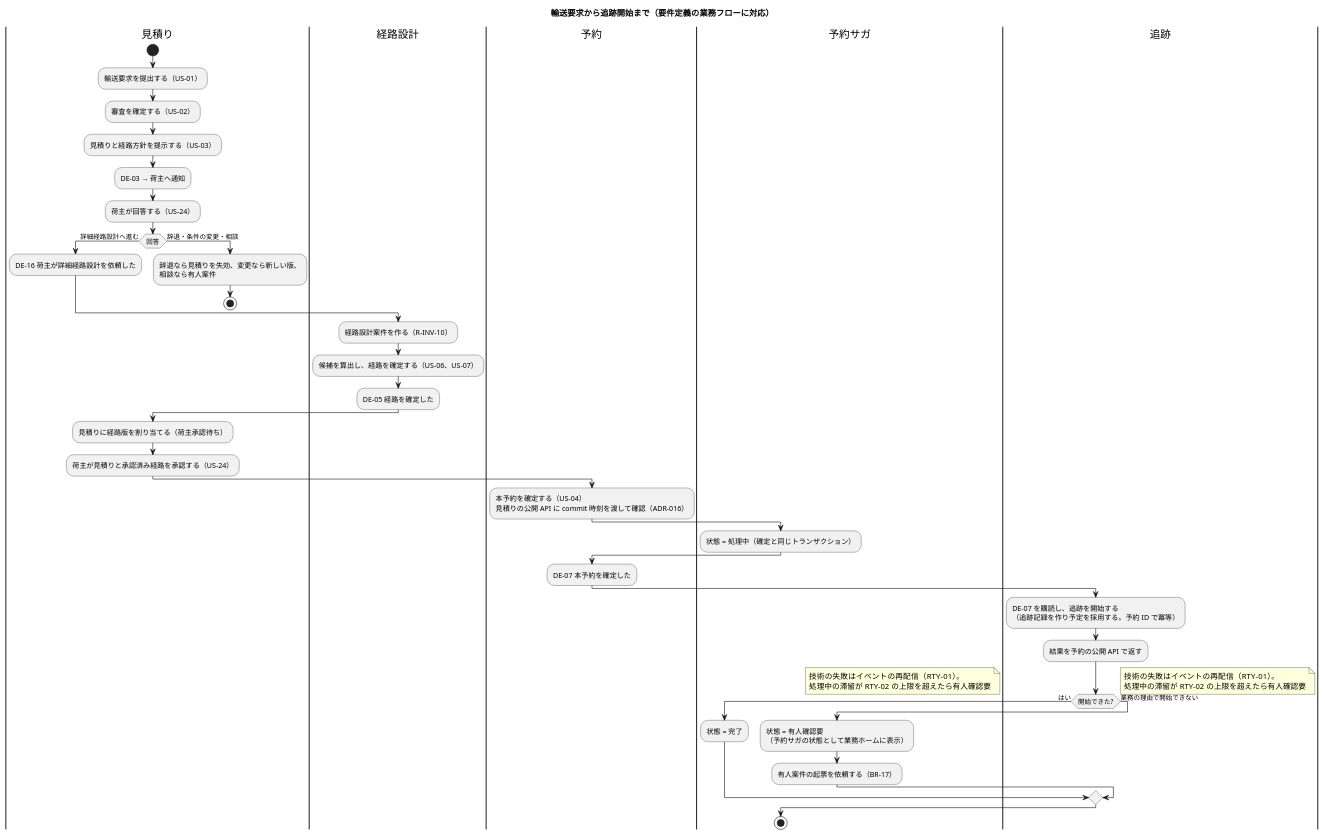
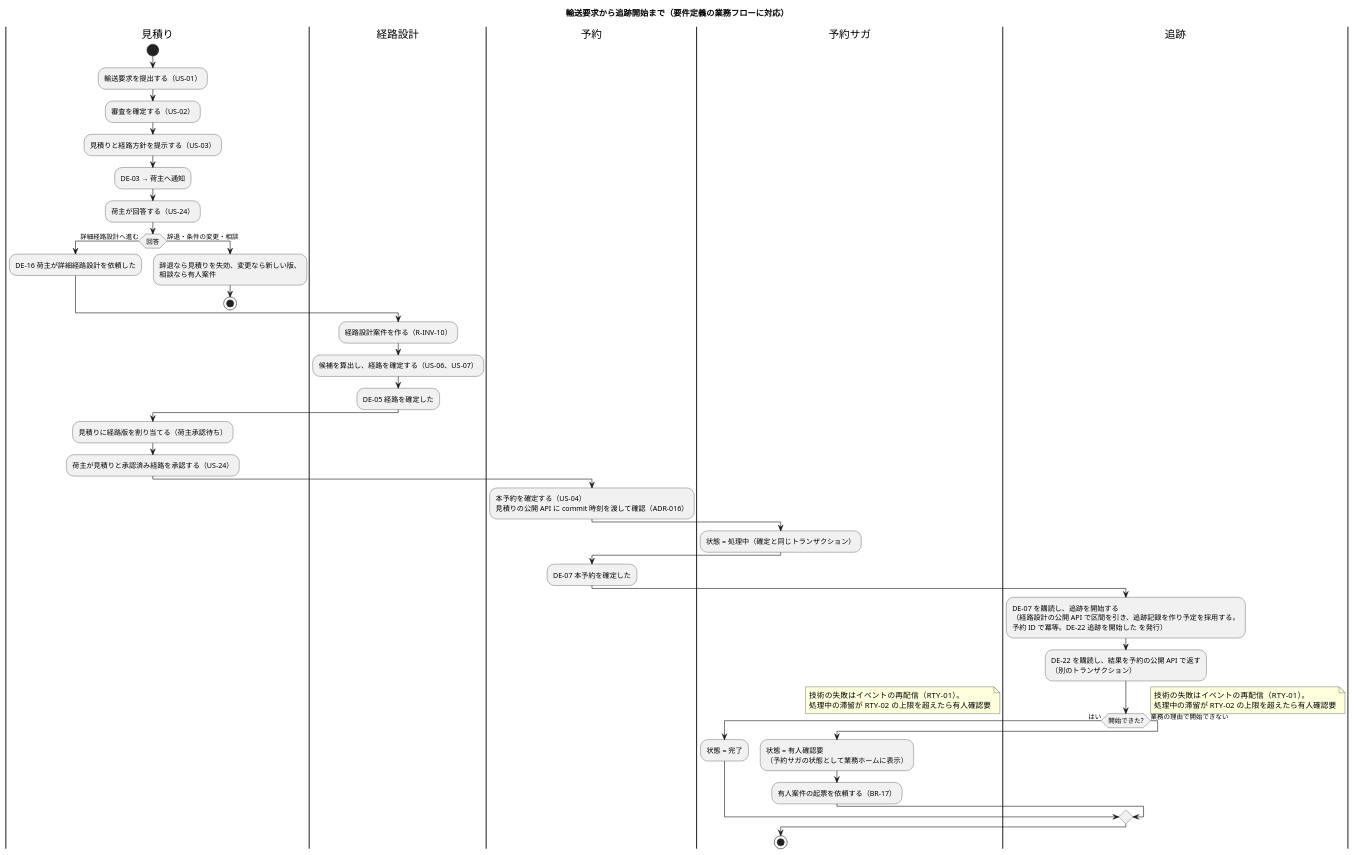
One commit to k2works/practical-domain-driven-design-in-enterpris-application changed diagram 15 of 15 in docs/design/cargo-tracker/domain_model.md. Above: the diagram before and after it, drawn with PlantUML. The commit also changed other lines of this file and 18 other files, not shown here.

````diff
--- a/docs/design/cargo-tracker/domain_model.md
+++ b/docs/design/cargo-tracker/domain_model.md
@@ -1115,47 +1123,47 @@
 ```plantuml
 @startuml
 title 輸送要求から追跡開始まで（要件定義の業務フローに対応）
 |見積り|
 start
 :輸送要求を提出する（US-01）;
 :審査を確定する（US-02）;
 :見積りと経路方針を提示する（US-03）;
 :DE-03 → 荷主へ通知;
 :荷主が回答する（US-24）;
 if (回答) then (詳細経路設計へ進む)
   :DE-16 荷主が詳細経路設計を依頼した;
 else (辞退・条件の変更・相談)
   :辞退なら見積りを失効、変更なら新しい版、\n相談なら有人案件;
   stop
 endif
 |経路設計|
 :経路設計案件を作る（R-INV-10）;
 :候補を算出し、経路を確定する（US-06、US-07）;
 :DE-05 経路を確定した;
 |見積り|
 :見積りに経路版を割り当てる（荷主承認待ち）;
 :荷主が見積りと承認済み経路を承認する（US-24）;
 |予約|
 :本予約を確定する（US-04）\n見積りの公開 API に commit 時刻を渡して確認（ADR-016）;
 |予約サガ|
 :状態 = 処理中（確定と同じトランザクション）;
 |予約|
 :DE-07 本予約を確定した;
 |追跡|
-:DE-07 を購読し、追跡を開始する\n（追跡記録を作り予定を採用する。予約 ID で冪等）;
-:結果を予約の公開 API で返す;
+:DE-07 を購読し、追跡を開始する\n（経路設計の公開 API で区間を引き、追跡記録を作り予定を採用する。\n予約 ID で冪等。DE-22 追跡を開始した を発行）;
+:DE-22 を購読し、結果を予約の公開 API で返す\n（別のトランザクション）;
 if (開始できた?) then (はい)
   |予約サガ|
   :状態 = 完了;
 else (業務の理由で開始できない)
   |予約サガ|
   :状態 = 有人確認要\n（予約サガの状態として業務ホームに表示）;
   :有人案件の起票を依頼する（BR-17）;
 endif
 note right
   技術の失敗はイベントの再配信（RTY-01）。
   処理中の滞留が RTY-02 の上限を超えたら有人確認要
 end note
 stop
 @enduml
 ```
````
